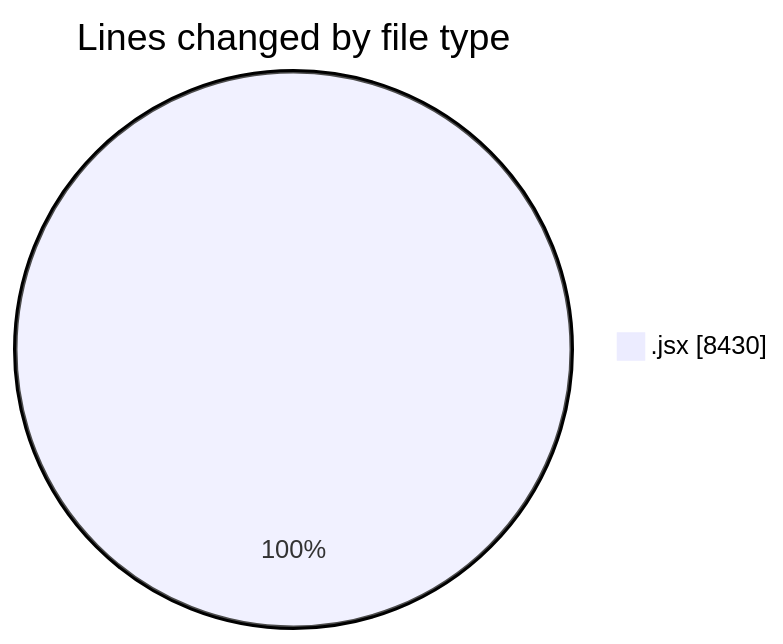
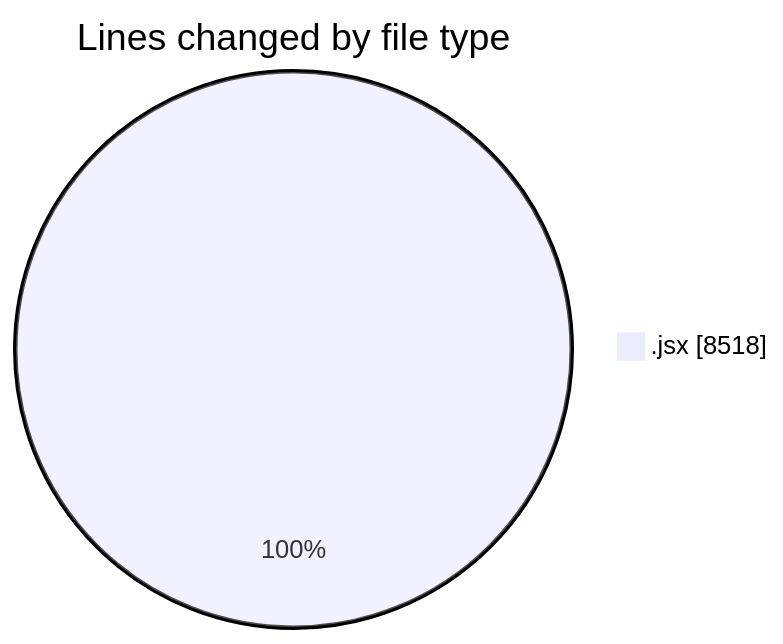
One commit to nxtqubesakshisongat/code-tracking changed the first of 2 diagrams in 2025-09-09/nxtqube_webapp/README.md. Above: the diagram before and after it, drawn with Mermaid. The commit also changed other lines of this file and 1 other file, not shown here.

````diff
--- a/2025-09-09/nxtqube_webapp/README.md
+++ b/2025-09-09/nxtqube_webapp/README.md
@@ -23,5 +23,5 @@
 ```mermaid
 pie showData
 title Lines changed by file type
-".jsx" : 8430
+".jsx" : 8518
 ```
````
